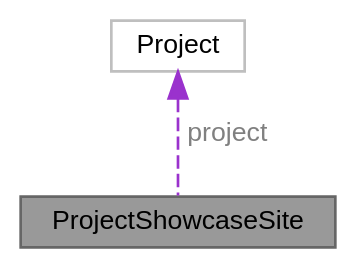
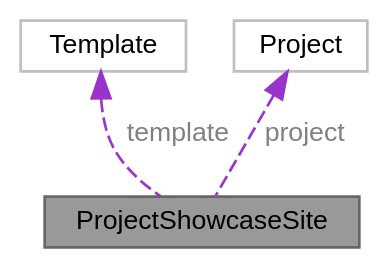
One commit to KDesp73/webc-docs changed the diagram in docs/structProjectShowcaseSite__coll__graph.dot. Above: the diagram before and after it, drawn with Graphviz. The commit also changed 90 other files, not shown here.

```diff
--- a/docs/structProjectShowcaseSite__coll__graph.dot
+++ b/docs/structProjectShowcaseSite__coll__graph.dot
@@ -1,10 +1,12 @@
 digraph "ProjectShowcaseSite"
 {
  // LATEX_PDF_SIZE
   bgcolor="transparent";
   edge [fontname=Helvetica,fontsize=10,labelfontname=Helvetica,labelfontsize=10];
   node [fontname=Helvetica,fontsize=10,shape=box,height=0.2,width=0.4];
   Node1 [id="Node000001",label="ProjectShowcaseSite",height=0.2,width=0.4,color="gray40", fillcolor="grey60", style="filled", fontcolor="black",tooltip=" "];
-  Node2 -> Node1 [id="edge1_Node000001_Node000002",dir="back",color="darkorchid3",style="dashed",tooltip=" ",label=" project",fontcolor="grey" ];
-  Node2 [id="Node000002",label="Project",height=0.2,width=0.4,color="grey75", fillcolor="white", style="filled",URL="$structProject.html",tooltip=" "];
+  Node2 -> Node1 [id="edge1_Node000001_Node000002",dir="back",color="darkorchid3",style="dashed",tooltip=" ",label=" template",fontcolor="grey" ];
+  Node2 [id="Node000002",label="Template",height=0.2,width=0.4,color="grey75", fillcolor="white", style="filled",URL="$structTemplate.html",tooltip=" "];
+  Node3 -> Node1 [id="edge2_Node000001_Node000003",dir="back",color="darkorchid3",style="dashed",tooltip=" ",label=" project",fontcolor="grey" ];
+  Node3 [id="Node000003",label="Project",height=0.2,width=0.4,color="grey75", fillcolor="white", style="filled",URL="$structProject.html",tooltip=" "];
 }
```
